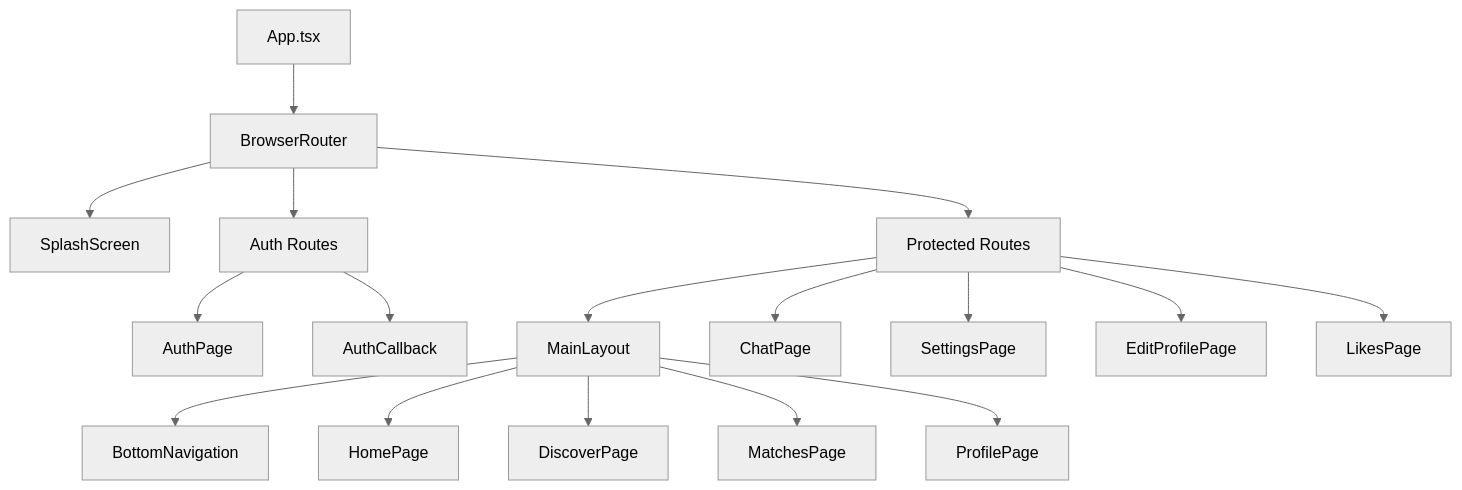
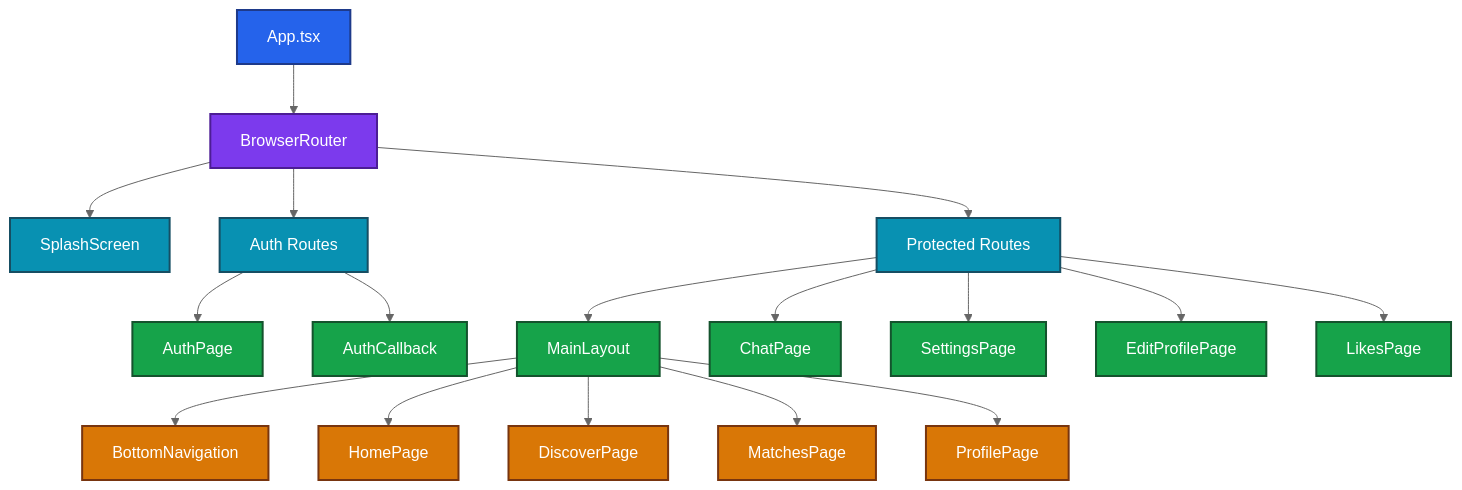
The second of 10 diagrams in docs/ARCHITECTURE.md (Adam-Blf/Echo), drawn with Mermaid (neutral theme) before and after one commit. The commit also changed other lines of this file and 2 other files, not shown here.

First line of the commit message:
docs: add colors to mermaid diagrams (#9)

````diff
--- a/docs/ARCHITECTURE.md
+++ b/docs/ARCHITECTURE.md
@@ -53,22 +64,33 @@
 ```mermaid
 graph TD
     App[App.tsx] --> Router[BrowserRouter]
     Router --> SplashScreen
     Router --> AuthRoutes[Auth Routes]
     Router --> ProtectedRoutes[Protected Routes]
 
     AuthRoutes --> AuthPage
     AuthRoutes --> AuthCallback
 
     ProtectedRoutes --> MainLayout
     MainLayout --> BottomNavigation
     MainLayout --> HomePage
     MainLayout --> DiscoverPage
     MainLayout --> MatchesPage
     MainLayout --> ProfilePage
 
     ProtectedRoutes --> ChatPage
     ProtectedRoutes --> SettingsPage
     ProtectedRoutes --> EditProfilePage
     ProtectedRoutes --> LikesPage
+
+    classDef c0 fill:#2563eb,stroke:#1e3a8a,stroke-width:2px,color:#ffffff
+    classDef c1 fill:#7c3aed,stroke:#4c1d95,stroke-width:2px,color:#ffffff
+    classDef c2 fill:#0891b2,stroke:#164e63,stroke-width:2px,color:#ffffff
+    classDef c3 fill:#16a34a,stroke:#14532d,stroke-width:2px,color:#ffffff
+    classDef c4 fill:#d97706,stroke:#78350f,stroke-width:2px,color:#ffffff
+    class App c0
+    class Router c1
+    class SplashScreen,AuthRoutes,ProtectedRoutes c2
+    class AuthPage,AuthCallback,MainLayout,ChatPage,SettingsPage,EditProfilePage,LikesPage c3
+    class BottomNavigation,HomePage,DiscoverPage,MatchesPage,ProfilePage c4
 ```
````
